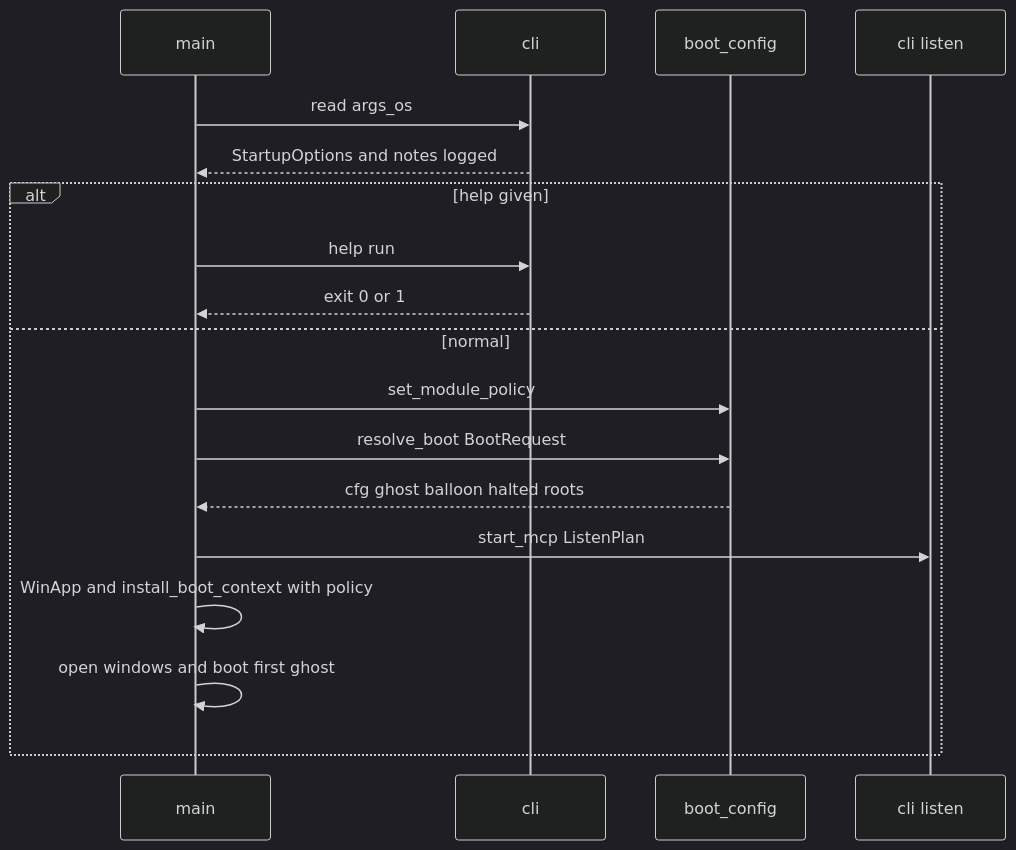
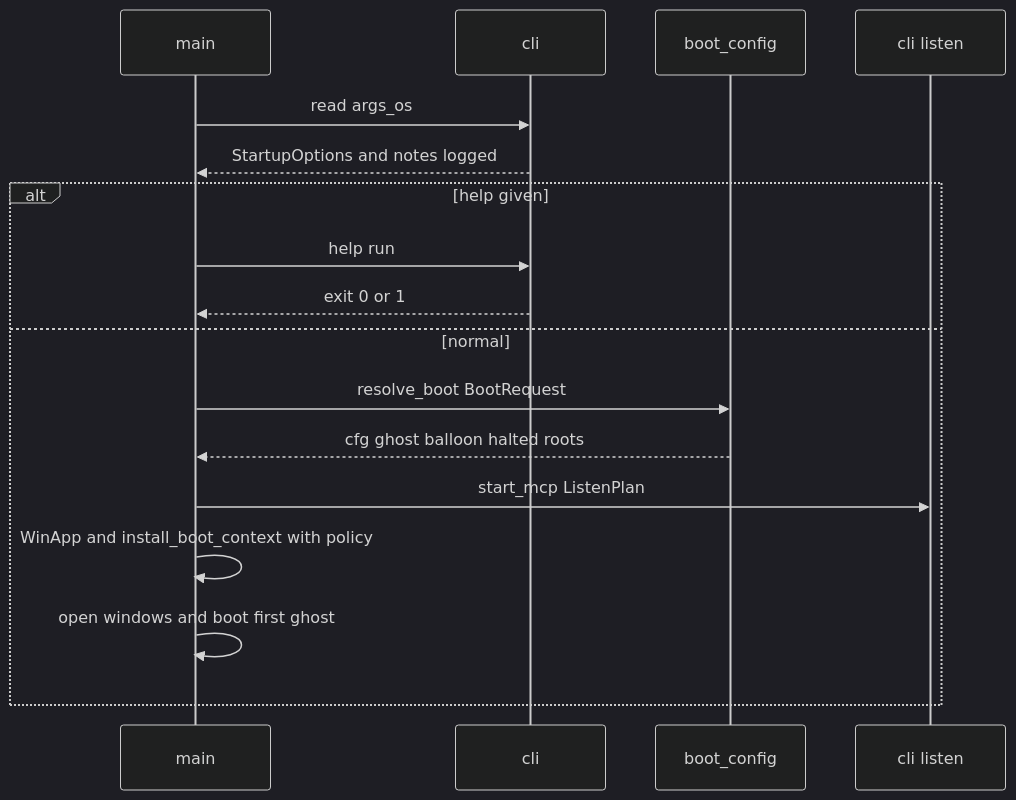
The second of 3 diagrams in .kiro/specs/areka-P0-startup-options-core/design.md (ekicyou/areka), drawn with Mermaid (dark theme) before and after one commit. The commit also changed other lines of this file and 1 other file, not shown here.

````diff
--- a/.kiro/specs/areka-P0-startup-options-core/design.md
+++ b/.kiro/specs/areka-P0-startup-options-core/design.md
@@ -173,20 +176,19 @@
 ```mermaid
 sequenceDiagram
     participant Main as main
     participant Cli as cli
     participant Cfg as boot_config
     participant Mcp as cli listen
     Main->>Cli: read args_os
     Cli-->>Main: StartupOptions and notes logged
     alt help given
         Main->>Cli: help run
         Cli-->>Main: exit 0 or 1
     else normal
-        Main->>Cfg: set_module_policy
         Main->>Cfg: resolve_boot BootRequest
         Cfg-->>Main: cfg ghost balloon halted roots
         Main->>Mcp: start_mcp ListenPlan
         Main->>Main: WinApp and install_boot_context with policy
         Main->>Main: open windows and boot first ghost
     end
 ```
````
